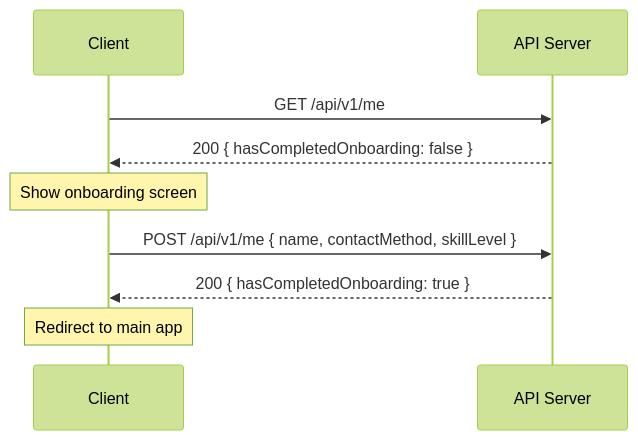
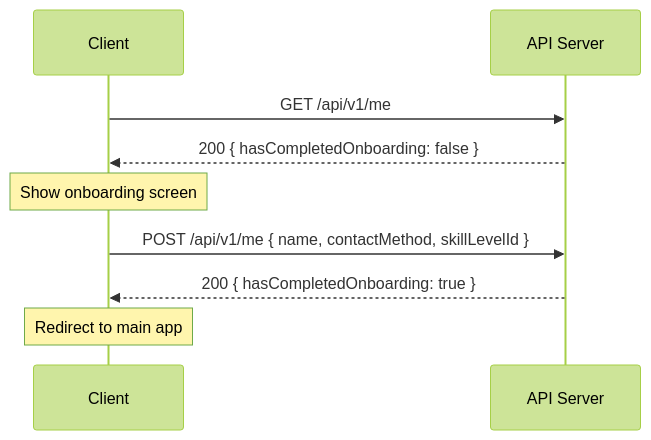
Before and after one commit to upmatches/upmatches-wiki: the first of 3 diagrams in upmatches-docs/docs/modules/new-user-onboarding.md, drawn with Mermaid (forest theme). The commit also changed other lines of this file and 5 other files, not shown here.

````diff
--- a/upmatches-docs/docs/modules/new-user-onboarding.md
+++ b/upmatches-docs/docs/modules/new-user-onboarding.md
@@ -135,14 +219,14 @@
 ```mermaid
 sequenceDiagram
     participant Client
     participant API as API Server
 
     Client->>API: GET /api/v1/me
     API-->>Client: 200 { hasCompletedOnboarding: false }
 
     Note over Client: Show onboarding screen
-    Client->>API: POST /api/v1/me { name, contactMethod, skillLevel }
+    Client->>API: POST /api/v1/me { name, contactMethod, skillLevelId }
     API-->>Client: 200 { hasCompletedOnboarding: true }
 
     Note over Client: Redirect to main app
 ```
````
